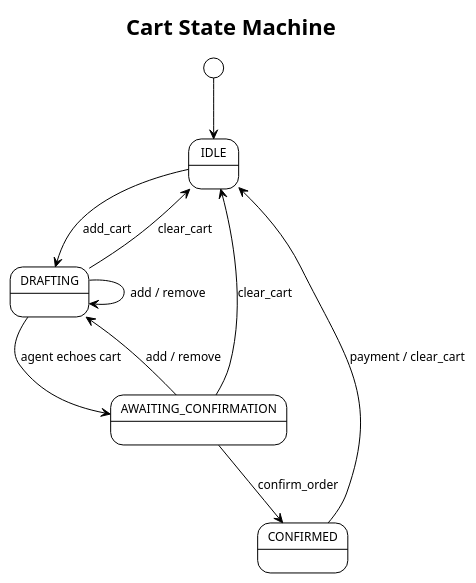
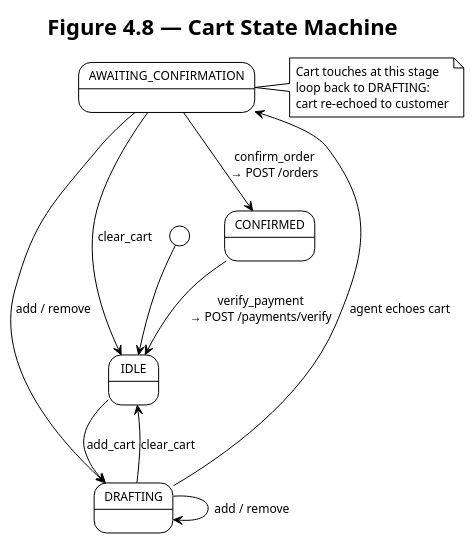
The seventh of 10 diagrams in docs/thesis/diagram.md (ThinhQuocLe007/AIWaiter), drawn with PlantUML before and after one commit. The commit also changed other lines of this file and 6 other files, not shown here.

````diff
--- a/docs/thesis/diagram.md
+++ b/docs/thesis/diagram.md
@@ -567,21 +1079,27 @@
 ```plantuml
 @startuml
 !theme plain
 skinparam backgroundColor #FFFFFF
 skinparam defaultFontSize 12
 
-title Cart State Machine
+title Figure 4.8 — Cart State Machine
 
 [*] --> IDLE
 
 IDLE --> DRAFTING : add_cart
 DRAFTING --> DRAFTING : add / remove
 DRAFTING --> AWAITING_CONFIRMATION : agent echoes cart
 AWAITING_CONFIRMATION --> DRAFTING : add / remove
-AWAITING_CONFIRMATION --> CONFIRMED : confirm_order
-CONFIRMED --> IDLE : payment / clear_cart
+AWAITING_CONFIRMATION --> CONFIRMED : confirm_order\n→ POST /orders
+CONFIRMED --> IDLE : verify_payment\n→ POST /payments/verify
 DRAFTING --> IDLE : clear_cart
 AWAITING_CONFIRMATION --> IDLE : clear_cart
 
+note right of AWAITING_CONFIRMATION
+  Cart touches at this stage
+  loop back to DRAFTING:
+  cart re-echoed to customer
+end note
+
 @enduml
 ```
````
